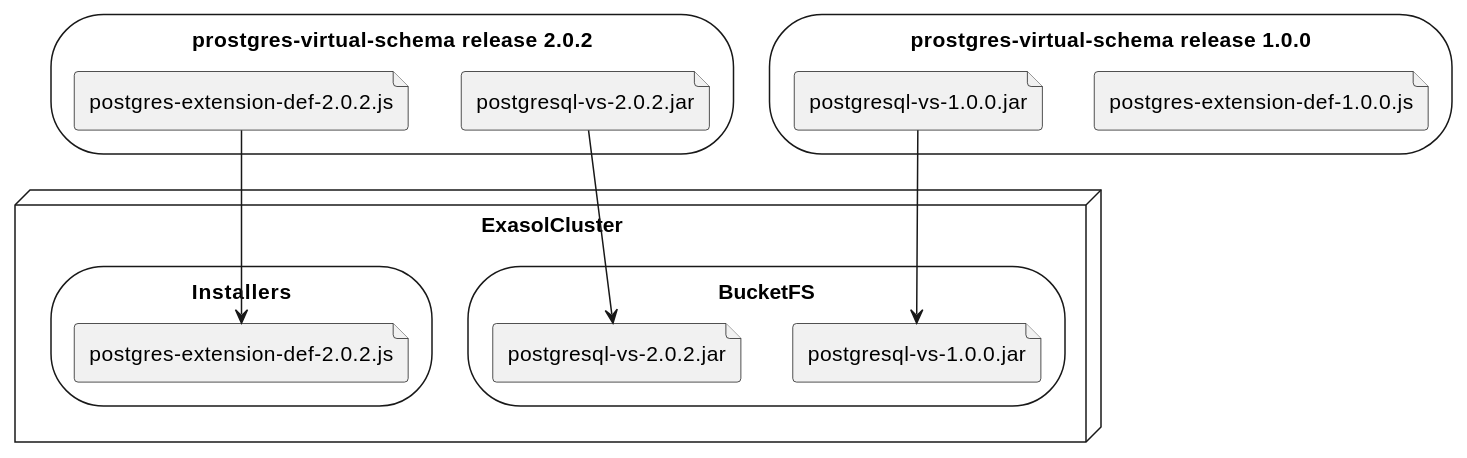
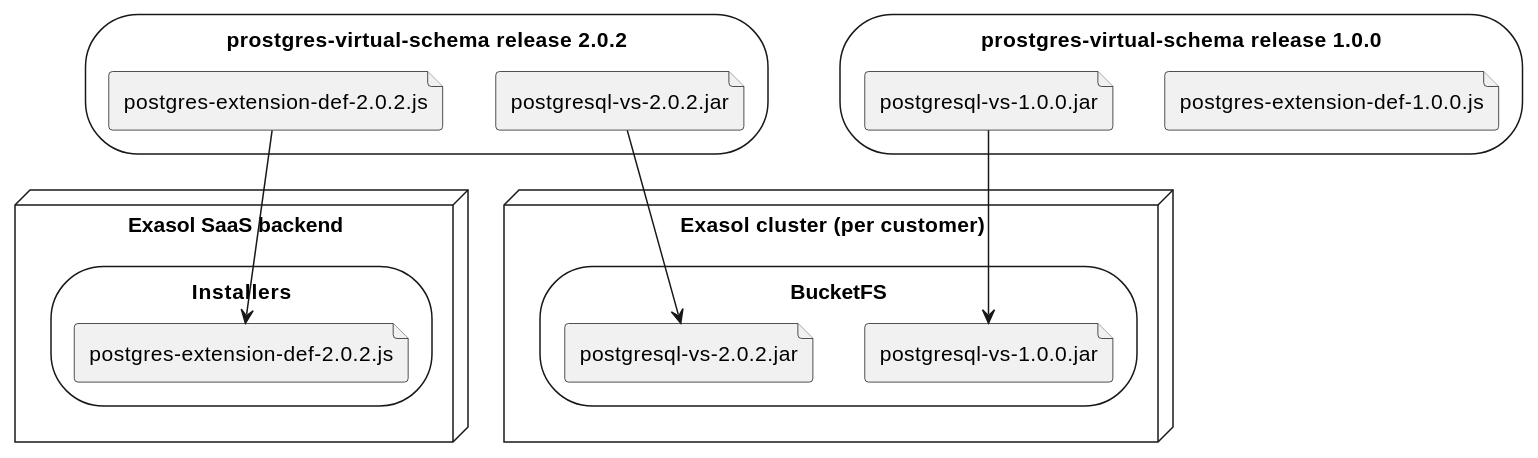
The fifth of 5 diagrams in doc/design/design.md (exasol/extension-manager), drawn with PlantUML before and after one commit. The commit also changed other lines of this file, not shown here.

````diff
--- a/doc/design/design.md
+++ b/doc/design/design.md
@@ -189,25 +201,28 @@
 ```plantuml
 storage "prostgres-virtual-schema release 2.0.2"{
 file installerInRepo as "postgres-extension-def-2.0.2.js"
 file jarV2InRepo as "postgresql-vs-2.0.2.jar"
 }
 
 storage "prostgres-virtual-schema release 1.0.0"{
 file "postgres-extension-def-1.0.0.js"
 file jarV1InRepo as "postgresql-vs-1.0.0.jar"
 }
 
-node ExasolCluster{
+node "Exasol SaaS backend"{
+storage Installers{
+file installerInBucketFS as "postgres-extension-def-2.0.2.js"
+}
+}
+
+node "Exasol cluster (per customer)"{
 storage BucketFS{
 file jarV2InBucketFs as "postgresql-vs-2.0.2.jar"
 file jarV1InBucketFS as "postgresql-vs-1.0.0.jar"
-}
-storage Installers{
-file installerInBucketFS as "postgres-extension-def-2.0.2.js"
 }
 }
 
 installerInRepo --> installerInBucketFS
 jarV2InRepo --> jarV2InBucketFs
 jarV1InRepo --> jarV1InBucketFS
 ```
````
